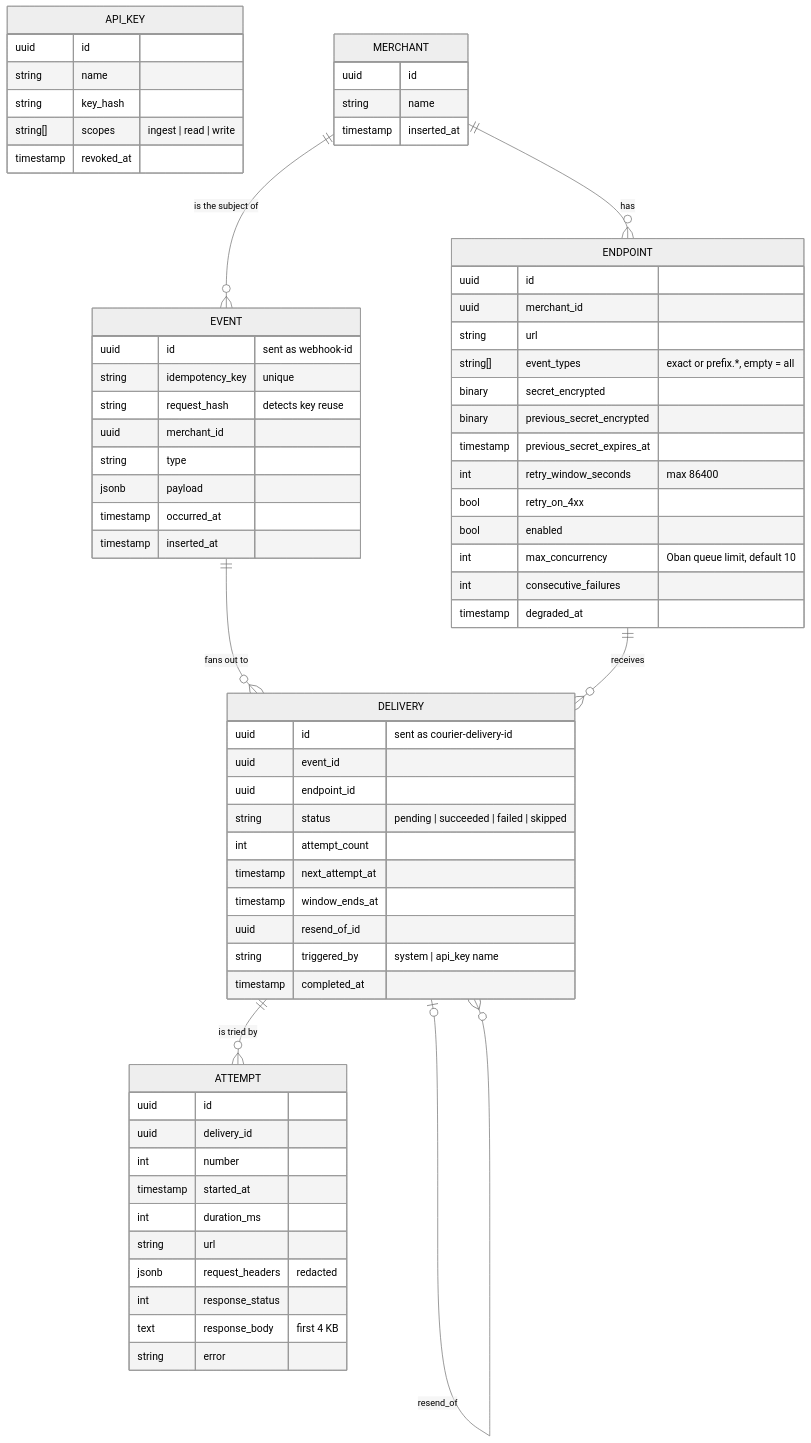
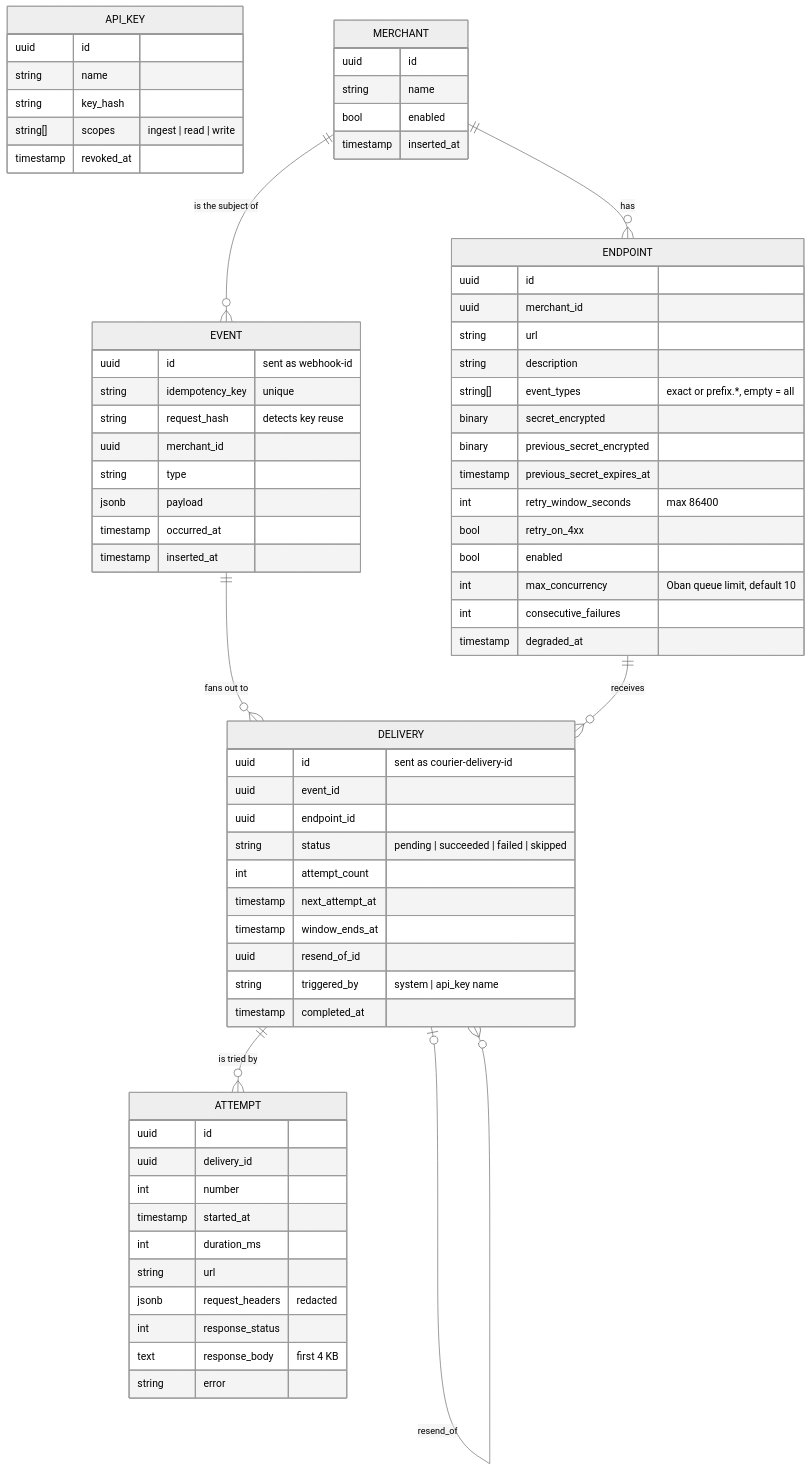
Before and after one commit to fabianskier/courier: the sixth of 6 diagrams in docs/architecture.md, drawn with Mermaid (neutral theme). The commit also changed other lines of this file and 6 other files, not shown here.

````diff
--- a/docs/architecture.md
+++ b/docs/architecture.md
@@ -175,71 +176,73 @@
 ```mermaid
 erDiagram
     API_KEY {
         uuid id
         string name
         string key_hash
         string[] scopes "ingest | read | write"
         timestamp revoked_at
     }
     MERCHANT ||--o{ ENDPOINT : has
     MERCHANT ||--o{ EVENT : "is the subject of"
     EVENT ||--o{ DELIVERY : "fans out to"
     ENDPOINT ||--o{ DELIVERY : receives
     DELIVERY ||--o{ ATTEMPT : "is tried by"
     DELIVERY |o--o{ DELIVERY : "resend_of"
 
     MERCHANT {
         uuid id
         string name
+        bool enabled
         timestamp inserted_at
     }
     ENDPOINT {
         uuid id
         uuid merchant_id
         string url
+        string description
         string[] event_types "exact or prefix.*, empty = all"
         binary secret_encrypted
         binary previous_secret_encrypted
         timestamp previous_secret_expires_at
         int retry_window_seconds "max 86400"
         bool retry_on_4xx
         bool enabled
         int max_concurrency "Oban queue limit, default 10"
         int consecutive_failures
         timestamp degraded_at
     }
     EVENT {
         uuid id "sent as webhook-id"
         string idempotency_key "unique"
         string request_hash "detects key reuse"
         uuid merchant_id
         string type
         jsonb payload
         timestamp occurred_at
         timestamp inserted_at
     }
     DELIVERY {
         uuid id "sent as courier-delivery-id"
         uuid event_id
         uuid endpoint_id
         string status "pending | succeeded | failed | skipped"
         int attempt_count
         timestamp next_attempt_at
         timestamp window_ends_at
         uuid resend_of_id
         string triggered_by "system | api_key name"
         timestamp completed_at
     }
     ATTEMPT {
         uuid id
         uuid delivery_id
         int number
         timestamp started_at
         int duration_ms
         string url
         jsonb request_headers "redacted"
         int response_status
         text response_body "first 4 KB"
         string error
     }
 ```
````
